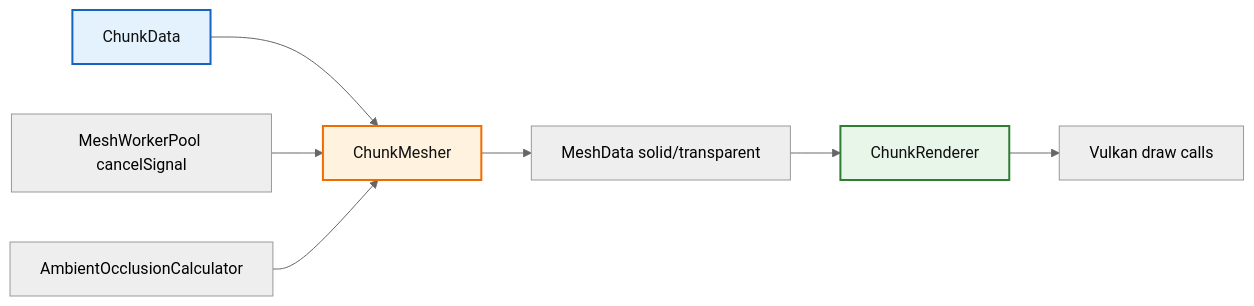
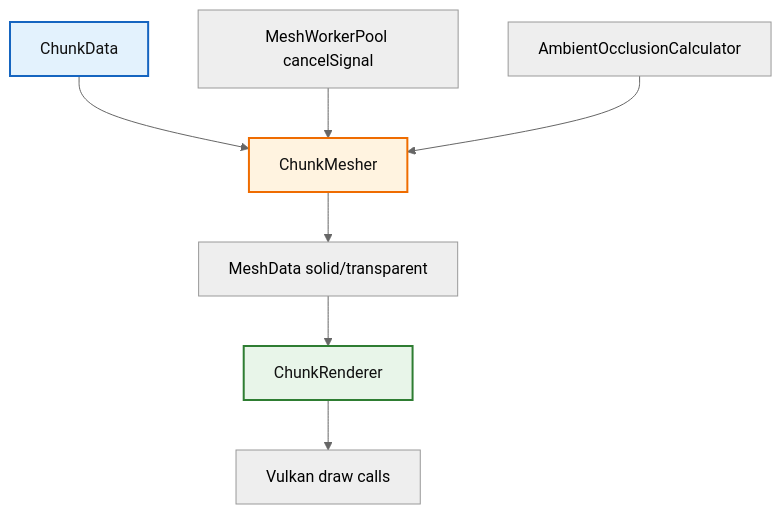
One commit to g122622/Cubium changed the diagram in src/client/renderer/trident/chunk/README.md. Above: the diagram before and after it, drawn with Mermaid (neutral theme). The commit also changed other lines of this file and 298 other files, not shown here.

````diff
--- a/src/client/renderer/trident/chunk/README.md
+++ b/src/client/renderer/trident/chunk/README.md
@@ -48,14 +17,14 @@
 ```mermaid
-graph LR
+flowchart TD
     A[ChunkData] --> B[ChunkMesher]
     B --> C[MeshData solid/transparent]
     C --> D[ChunkRenderer]
     D --> E[Vulkan draw calls]
 
     F[MeshWorkerPool cancelSignal] --> B
     G[AmbientOcclusionCalculator] --> B
 
     style A fill:#e3f2fd,stroke:#1565c0,stroke-width:2px,color:#111
     style B fill:#fff3e0,stroke:#ef6c00,stroke-width:2px,color:#111
     style D fill:#e8f5e9,stroke:#2e7d32,stroke-width:2px,color:#111
 ```
````
